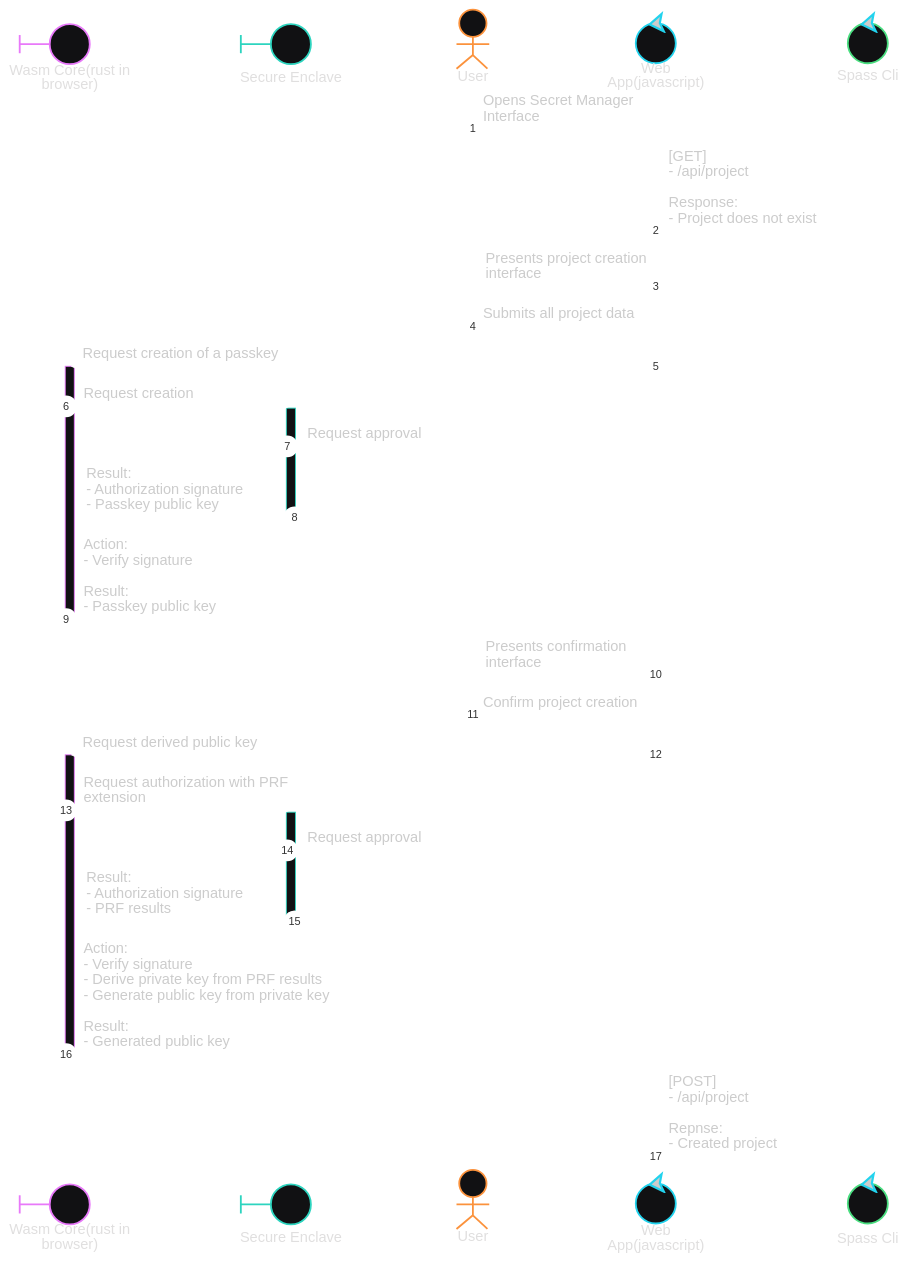
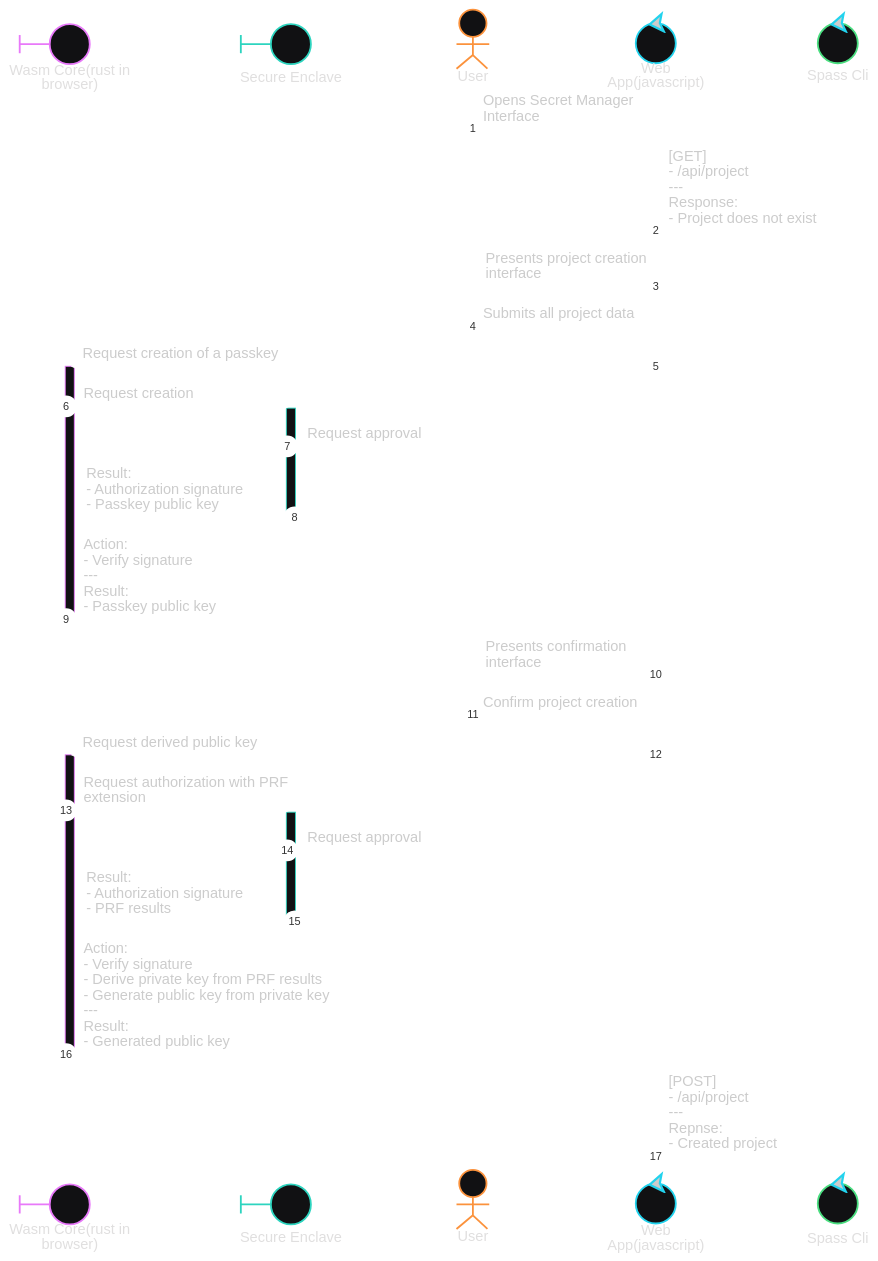
The first of 9 diagrams in README-LOCAL.md (secretpass/core), drawn with Mermaid before and after one commit. The commit also changed other lines of this file, not shown here.

Commit message:
chore: remove double breaks in mermaid

````diff
--- a/README-LOCAL.md
+++ b/README-LOCAL.md
@@ -25,39 +25,39 @@
 ```mermaid
 ---
 config:
   theme: redux-dark-color
 ---
 %%{init: { "sequence": {"messageAlign": "left", "noteAlign": "left", "wrap": true} }}%%
 sequenceDiagram
     autonumber
     participant Core@{"type": "boundary"} as Wasm Core(rust in browser)
     participant Vault@{"type": "boundary"} as Secure Enclave
     actor User
     participant App@{"type": "control"} as Web App(javascript)
     participant Cli@{"type": "control"} as Spass Cli
     User ->> App: Opens Secret Manager Interface
-    App <<->> Cli: [GET]<br/>- /api/project<br/><br/>Response:<br/>- Project does not exist
+    App <<->> Cli: [GET]<br/>- /api/project<br/>---<br/>Response:<br/>- Project does not exist
     App ->> User: Presents project creation interface
     User ->> App: Submits all project data
     App -->> Core: Request creation of a passkey
     activate Core
     Core ->> Vault: Request creation
     activate Vault
     Vault <<->> User: Request approval
     Vault ->> Core: Result:<br/> - Authorization signature<br/> - Passkey public key
     deactivate Vault
-    Core -->> App: Action:<br/>- Verify signature<br/><br/>Result:<br/>- Passkey public key
+    Core -->> App: Action:<br/>- Verify signature<br/>---<br/>Result:<br/>- Passkey public key
     deactivate Core
     App ->> User: Presents confirmation interface
     User ->> App: Confirm project creation
     App -->> Core: Request derived public key
     activate Core
     Core ->> Vault: Request authorization with PRF extension
     activate Vault
     Vault <<->> User: Request approval
     Vault ->> Core: Result:<br/> - Authorization signature<br/> - PRF results
     deactivate Vault
-    Core -->> App: Action:<br/>- Verify signature<br/>- Derive private key from PRF results<br/>- Generate public key from private key<br/><br/>Result:<br/>- Generated public key
+    Core -->> App: Action:<br/>- Verify signature<br/>- Derive private key from PRF results<br/>- Generate public key from private key<br/>---<br/>Result:<br/>- Generated public key
     deactivate Core
-    App <<->> Cli: [POST]<br/>- /api/project<br/><br/>Repnse:<br/>- Created project
+    App <<->> Cli: [POST]<br/>- /api/project<br/>---<br/>Repnse:<br/>- Created project
 ```
````
